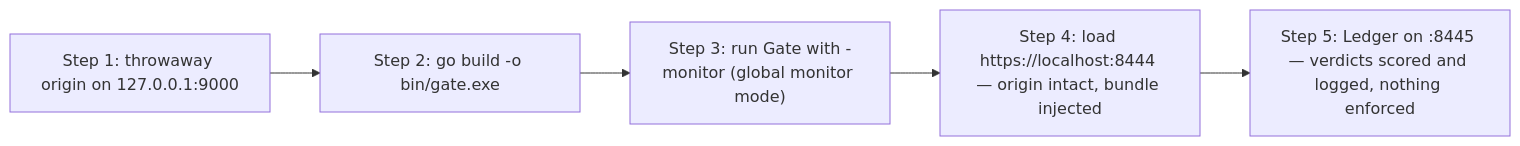
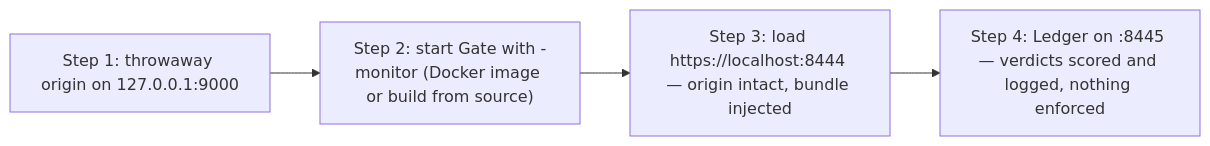
The diagram in docs/tutorials/quickstart-monitor-mode.md (modootoday/humanymous), drawn with Mermaid before and after one commit. The commit also changed other lines of this file and 11 other files, not shown here.

````diff
--- a/docs/tutorials/quickstart-monitor-mode.md
+++ b/docs/tutorials/quickstart-monitor-mode.md
@@ -18,7 +18,6 @@
 ```mermaid
 flowchart LR
-  A["Step 1: throwaway origin on 127.0.0.1:9000"] --> B["Step 2: go build -o bin/gate.exe"]
-  B --> C["Step 3: run Gate with -monitor (global monitor mode)"]
-  C --> D["Step 4: load https://localhost:8444 — origin intact, bundle injected"]
-  D --> E["Step 5: Ledger on :8445 — verdicts scored and logged, nothing enforced"]
+  A["Step 1: throwaway origin on 127.0.0.1:9000"] --> B["Step 2: start Gate with -monitor (Docker image or build from source)"]
+  B --> C["Step 3: load https://localhost:8444 — origin intact, bundle injected"]
+  C --> D["Step 4: Ledger on :8445 — verdicts scored and logged, nothing enforced"]
 ```
````
